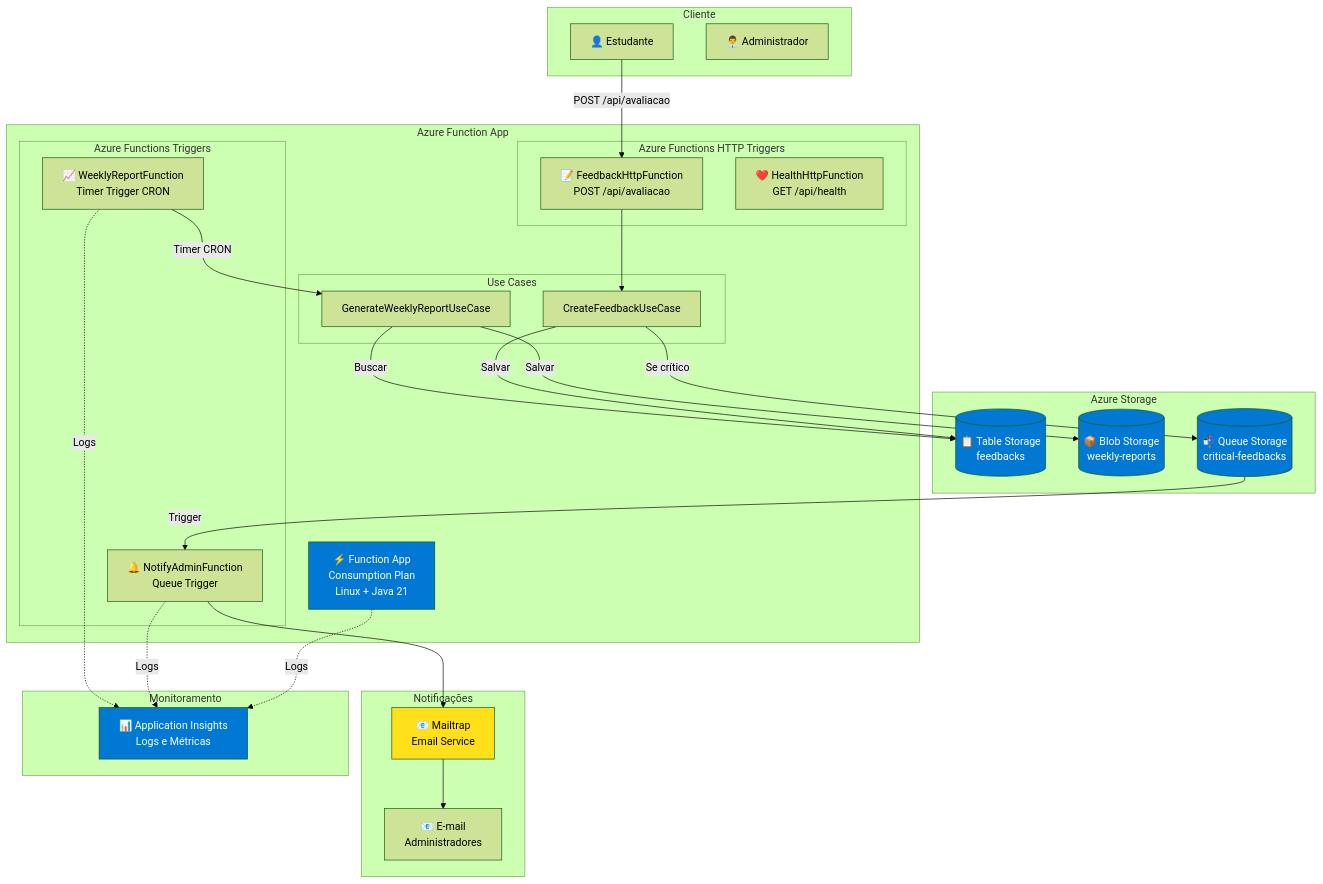
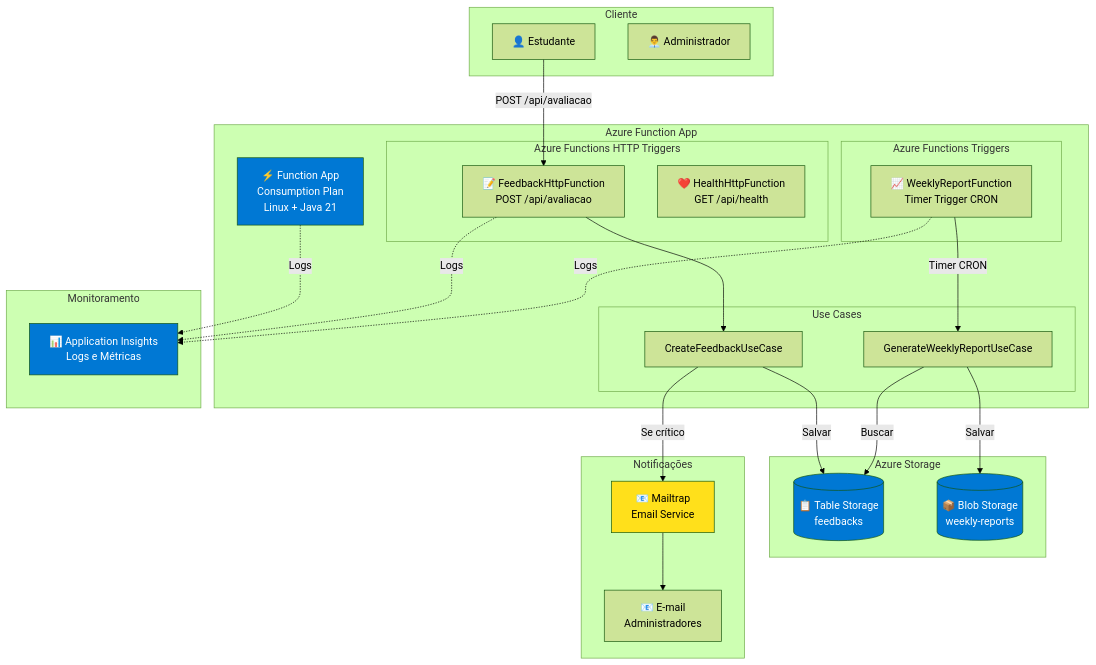
The first of 8 diagrams in README.md (luizffdemoraes/feedback-sync), drawn with Mermaid (forest theme) before and after one commit. The commit also changed other lines of this file and 32 other files, not shown here.

````diff
--- a/README.md
+++ b/README.md
@@ -269,64 +277,59 @@
 ```mermaid
 graph TB
     subgraph "Cliente"
         Estudante[👤 Estudante]
         Admin[👨‍💼 Administrador]
     end
 
     subgraph "Azure Function App"
         FuncApp[⚡ Function App<br/>Consumption Plan<br/>Linux + Java 21]
         
         subgraph "Azure Functions HTTP Triggers"
             FeedbackFunc[📝 FeedbackHttpFunction<br/>POST /api/avaliacao]
             HealthFunc[❤️ HealthHttpFunction<br/>GET /api/health]
         end
         
-        subgraph "Azure Functions Triggers"
-            NotifyFunc[🔔 NotifyAdminFunction<br/>Queue Trigger]
+            subgraph "Azure Functions Triggers"
             WeeklyFunc[📈 WeeklyReportFunction<br/>Timer Trigger CRON]
         end
         
         subgraph "Use Cases"
             CreateUC[CreateFeedbackUseCase]
             ReportUC[GenerateWeeklyReportUseCase]
         end
     end
 
     subgraph "Azure Storage"
         TableStorage[(📋 Table Storage<br/>feedbacks)]
         BlobStorage[(📦 Blob Storage<br/>weekly-reports)]
-        QueueStorage[(📬 Queue Storage<br/>critical-feedbacks)]
     end
 
     subgraph "Notificações"
         Mailtrap[📧 Mailtrap<br/>Email Service]
         Email[📧 E-mail<br/>Administradores]
     end
 
     subgraph "Monitoramento"
         AppInsights[📊 Application Insights<br/>Logs e Métricas]
     end
 
     Estudante -->|POST /api/avaliacao| FeedbackFunc
     FeedbackFunc --> CreateUC
     CreateUC -->|Salvar| TableStorage
-    CreateUC -->|Se crítico| QueueStorage
-    QueueStorage -->|Trigger| NotifyFunc
-    NotifyFunc --> Mailtrap
+    CreateUC -->|Se crítico| Mailtrap
     Mailtrap --> Email
     
     WeeklyFunc -->|Timer CRON| ReportUC
     ReportUC -->|Buscar| TableStorage
     ReportUC -->|Salvar| BlobStorage
     
     FuncApp -.->|Logs| AppInsights
-    NotifyFunc -.->|Logs| AppInsights
+    FeedbackFunc -.->|Logs| AppInsights
     WeeklyFunc -.->|Logs| AppInsights
 
     style FuncApp fill:#0078D4,color:#fff
     style TableStorage fill:#0078D4,color:#fff
     style BlobStorage fill:#0078D4,color:#fff
-    style QueueStorage fill:#0078D4,color:#fff
     style Mailtrap fill:#FFE01B,color:#000
     style AppInsights fill:#0078D4,color:#fff
 ```
````
